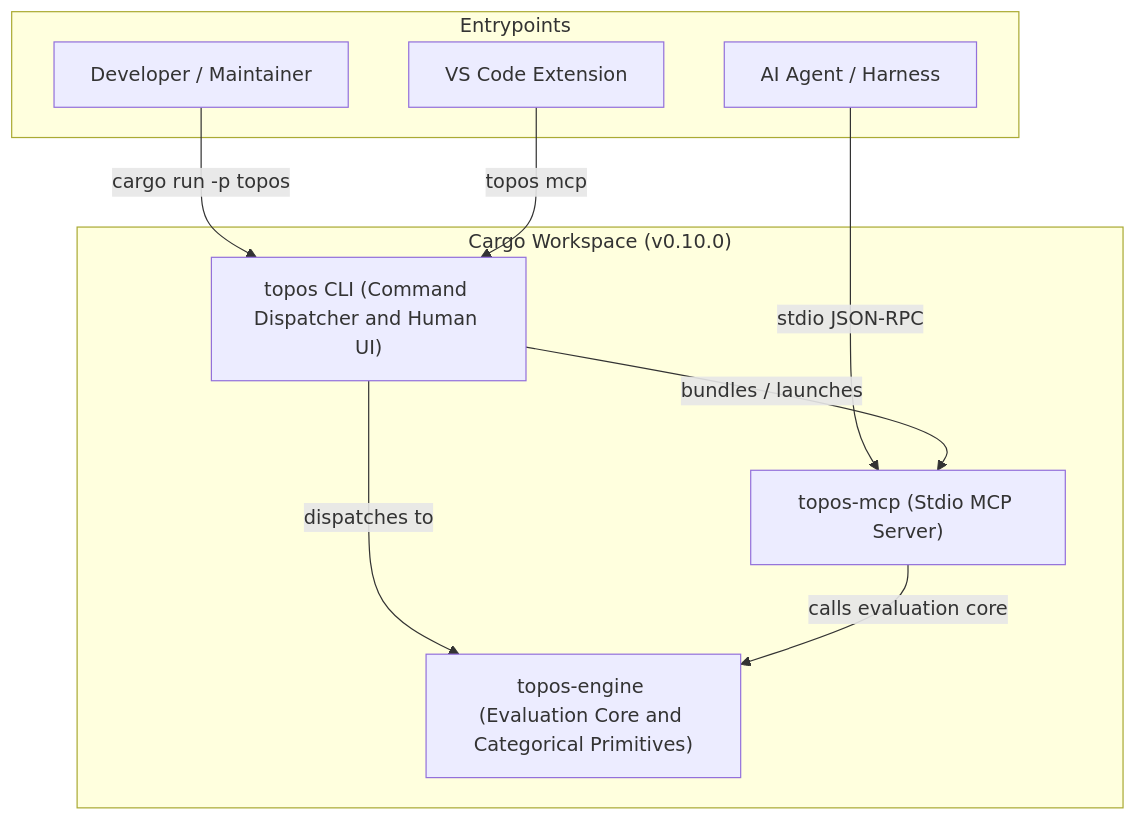
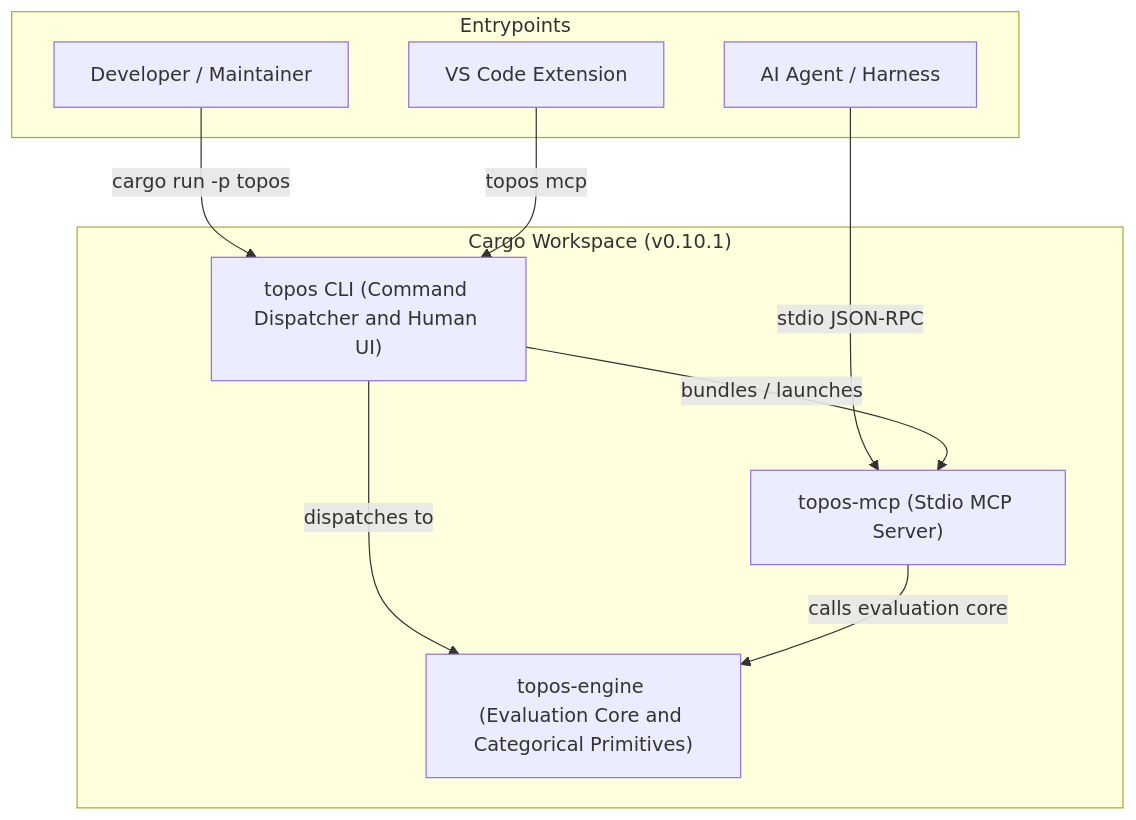
The diagram in openwiki/quickstart.md (Krv-Labs/topos), drawn with Mermaid before and after one commit. The commit also changed other lines of this file and 11 other files, not shown here.

````diff
--- a/openwiki/quickstart.md
+++ b/openwiki/quickstart.md
@@ -49,21 +49,21 @@
 ```mermaid
 flowchart TD
-    subgraph Workspace ["Cargo Workspace (v0.10.0)"]
+    subgraph Workspace ["Cargo Workspace (v0.10.1)"]
         Engine["topos-engine (Evaluation Core and Categorical Primitives)"]
         CLI["topos CLI (Command Dispatcher and Human UI)"]
         MCP["topos-mcp (Stdio MCP Server)"]
     end
 
     subgraph Entrypoints
         Developer["Developer / Maintainer"]
         Agent["AI Agent / Harness"]
         VSCode["VS Code Extension"]
     end
 
     Developer -->|cargo run -p topos| CLI
     Agent -->|stdio JSON-RPC| MCP
     VSCode -->|topos mcp| CLI
     CLI -->|bundles / launches| MCP
     CLI -->|dispatches to| Engine
     MCP -->|calls evaluation core| Engine
 ```
````
